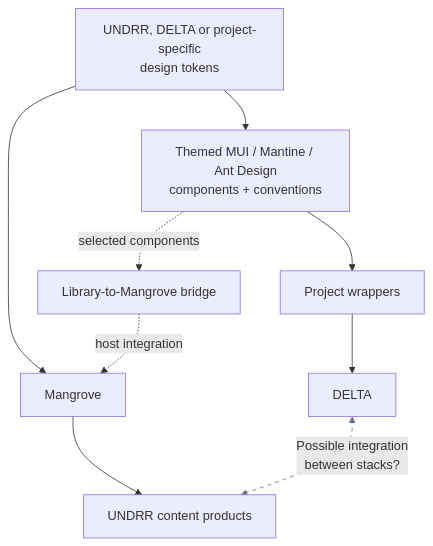
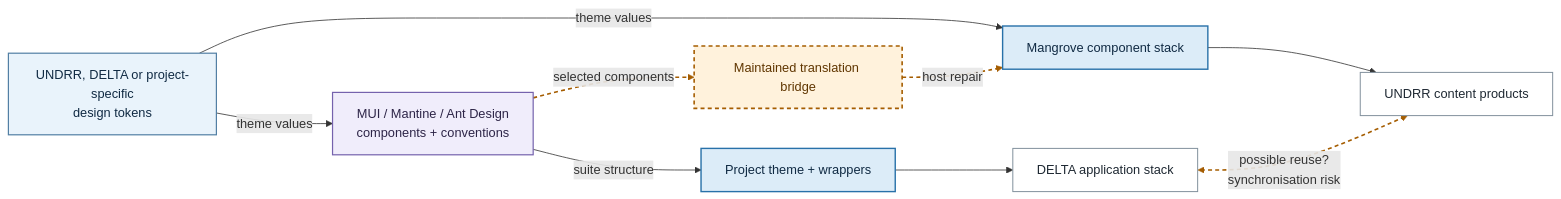
Before and after one commit to khawkins98/data-design-demo: the first of 3 diagrams in docs/architecture-options.md, drawn with Mermaid. The commit also changed other lines of this file and 28 other files, not shown here.

Commit message:
docs: sharpen architecture decision evaluation

````diff
--- a/docs/architecture-options.md
+++ b/docs/architecture-options.md
@@ -71,21 +22,26 @@
 ```mermaid
-flowchart TB
-  T["UNDRR, DELTA or project-specific<br/>design tokens"]
-  L["Themed MUI / Mantine / Ant Design<br/>components + conventions"]
-  W["Project wrappers"]
-  D["DELTA"]
-  M["Mangrove"]
-  C["UNDRR content products"]
-  B["Library-to-Mangrove bridge"]
+flowchart LR
+  T["UNDRR, DELTA or project-specific<br/>design tokens"]:::input
+  L["MUI / Mantine / Ant Design<br/>components + conventions"]:::upstream
+  W["Project theme + wrappers"]:::integration
+  D["DELTA application stack"]:::product
+  M["Mangrove component stack"]:::integration
+  C["UNDRR content products"]:::product
+  B["Maintained translation bridge"]:::risk
 
-  T --> L
-  L --> W
+  T -->|"theme values"| L
+  L -->|"suite structure"| W
   W --> D
-  T --> M
+  T -->|"theme values"| M
   M --> C
   L -.->|"selected components"| B
-  B -.->|"host integration"| M
-  D <-->|"Possible integration<br/>between stacks?"| C
+  B -.->|"host repair"| M
+  D <-.->|"possible reuse?<br/>synchronisation risk"| C
 
-  linkStyle 7 stroke:#6b7280,stroke-dasharray:5 5
+  classDef input fill:#e9f3fb,stroke:#527fa4,color:#102a43,stroke-width:1.5px
+  classDef upstream fill:#f0edfb,stroke:#7562ad,color:#2d2547,stroke-width:1.5px
+  classDef integration fill:#dcecf8,stroke:#2871a9,color:#102a43,stroke-width:1.75px
+  classDef product fill:#ffffff,stroke:#82919d,color:#1f2933,stroke-width:1.25px
+  classDef risk fill:#fff2dc,stroke:#a55d00,color:#603600,stroke-width:2px,stroke-dasharray:5 4
+  linkStyle 5,6,7 stroke:#a55d00,stroke-width:2px,stroke-dasharray:5 4
 ```
````
